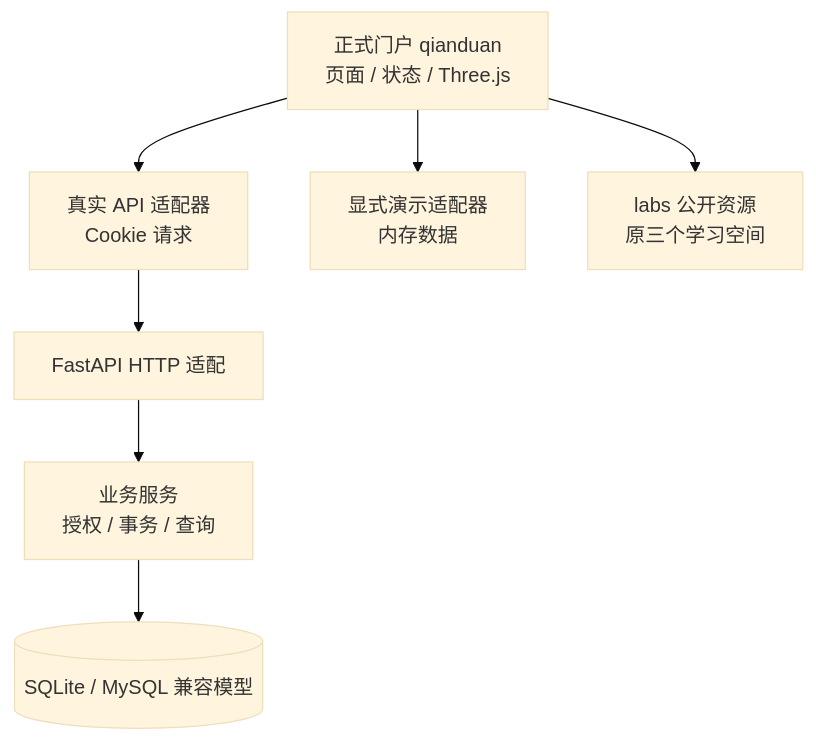
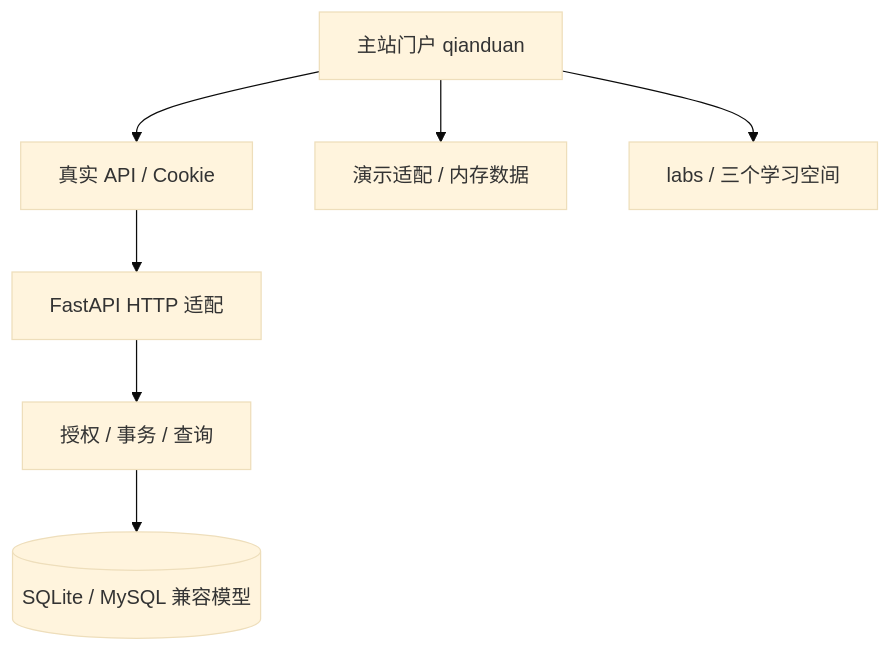
Before and after one commit to falling-feather/Astra: the first of 10 diagrams in doc/01-开发者手册.md, drawn with Mermaid (base theme). The commit also changed other lines of this file and 8 other files, not shown here.

````diff
--- a/doc/01-开发者手册.md
+++ b/doc/01-开发者手册.md
@@ -57,16 +57,16 @@
 ```mermaid
 flowchart TB
-    WEB["正式门户 qianduan<br/>页面 / 状态 / Three.js"]
-    APIADAPTER["真实 API 适配器<br/>Cookie 请求"]
-    DEMO["显式演示适配器<br/>内存数据"]
-    LABS["labs 公开资源<br/>原三个学习空间"]
+    WEB["主站门户 qianduan"]
+    APIADAPTER["真实 API / Cookie"]
+    DEMO["演示适配 / 内存数据"]
+    LABS["labs / 三个学习空间"]
     HTTP["FastAPI HTTP 适配"]
-    SERVICE["业务服务<br/>授权 / 事务 / 查询"]
+    SERVICE["授权 / 事务 / 查询"]
     DB[("SQLite / MySQL 兼容模型")]
     WEB --> APIADAPTER
     WEB --> DEMO
     WEB --> LABS
     APIADAPTER --> HTTP
     HTTP --> SERVICE
     SERVICE --> DB
 ```
````
